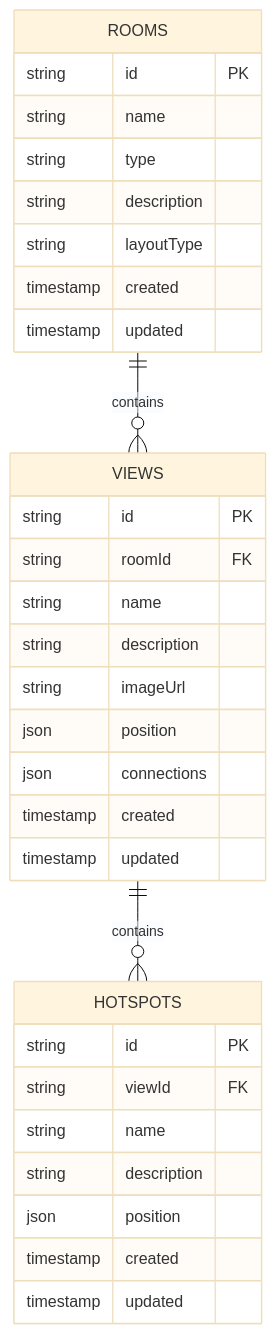
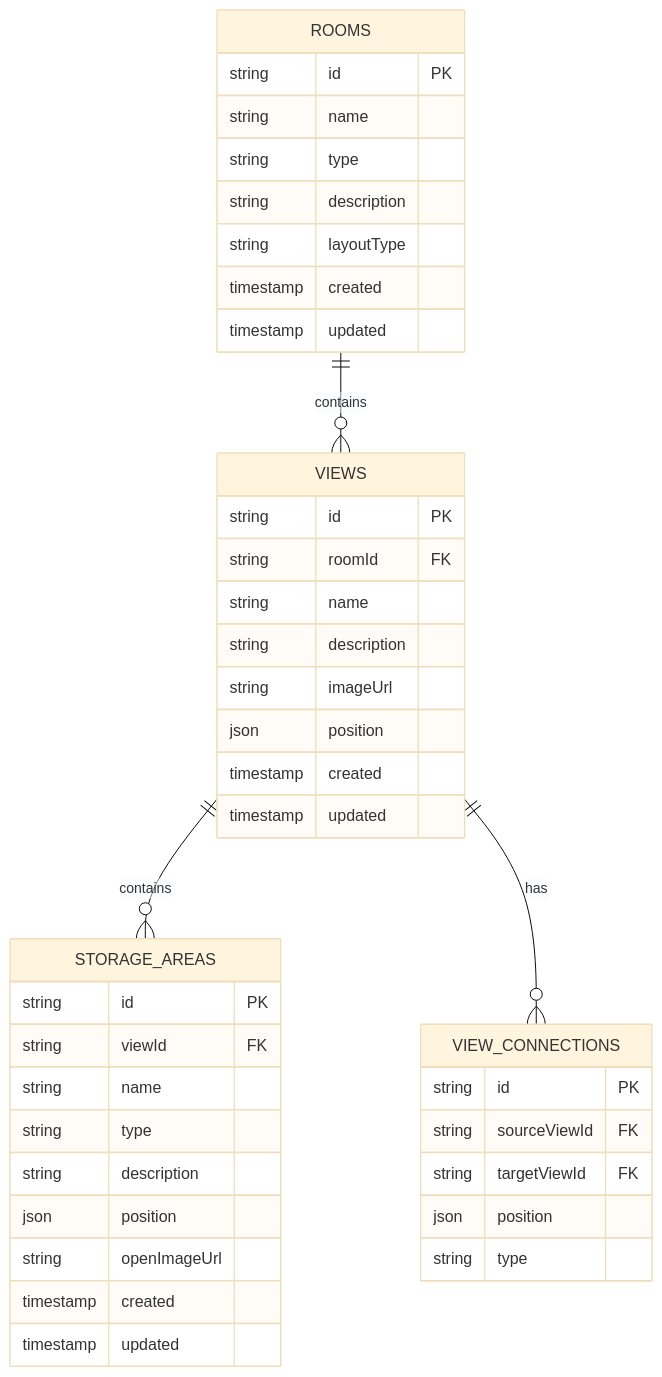
The seventh of 14 diagrams in docs/phases/PHASE_1_LOCAL_STORAGE.md (straiforos/kitchen-360), drawn with Mermaid (base theme) before and after one commit. The commit also changed other lines of this file, not shown here.

First line of the commit message:
Refactor documentation and code structure for Storage Area management

````diff
--- a/docs/phases/PHASE_1_LOCAL_STORAGE.md
+++ b/docs/phases/PHASE_1_LOCAL_STORAGE.md
@@ -172,37 +186,47 @@
 ```mermaid
 erDiagram
     ROOMS ||--o{ VIEWS : contains
-    VIEWS ||--o{ HOTSPOTS : contains
+    VIEWS ||--o{ STORAGE_AREAS : contains
+    VIEWS ||--o{ VIEW_CONNECTIONS : has
     
     ROOMS {
         string id PK
         string name
         string type
         string description
         string layoutType
         timestamp created
         timestamp updated
     }
     
     VIEWS {
         string id PK
         string roomId FK
         string name
         string description
         string imageUrl
         json position
-        json connections
         timestamp created
         timestamp updated
     }
     
-    HOTSPOTS {
+    STORAGE_AREAS {
         string id PK
         string viewId FK
         string name
+        string type
         string description
         json position
+        string openImageUrl
         timestamp created
         timestamp updated
     }
+    
+    VIEW_CONNECTIONS {
+        string id PK
+        string sourceViewId FK
+        string targetViewId FK
+        json position
+        string type
+    }
 ```
````
